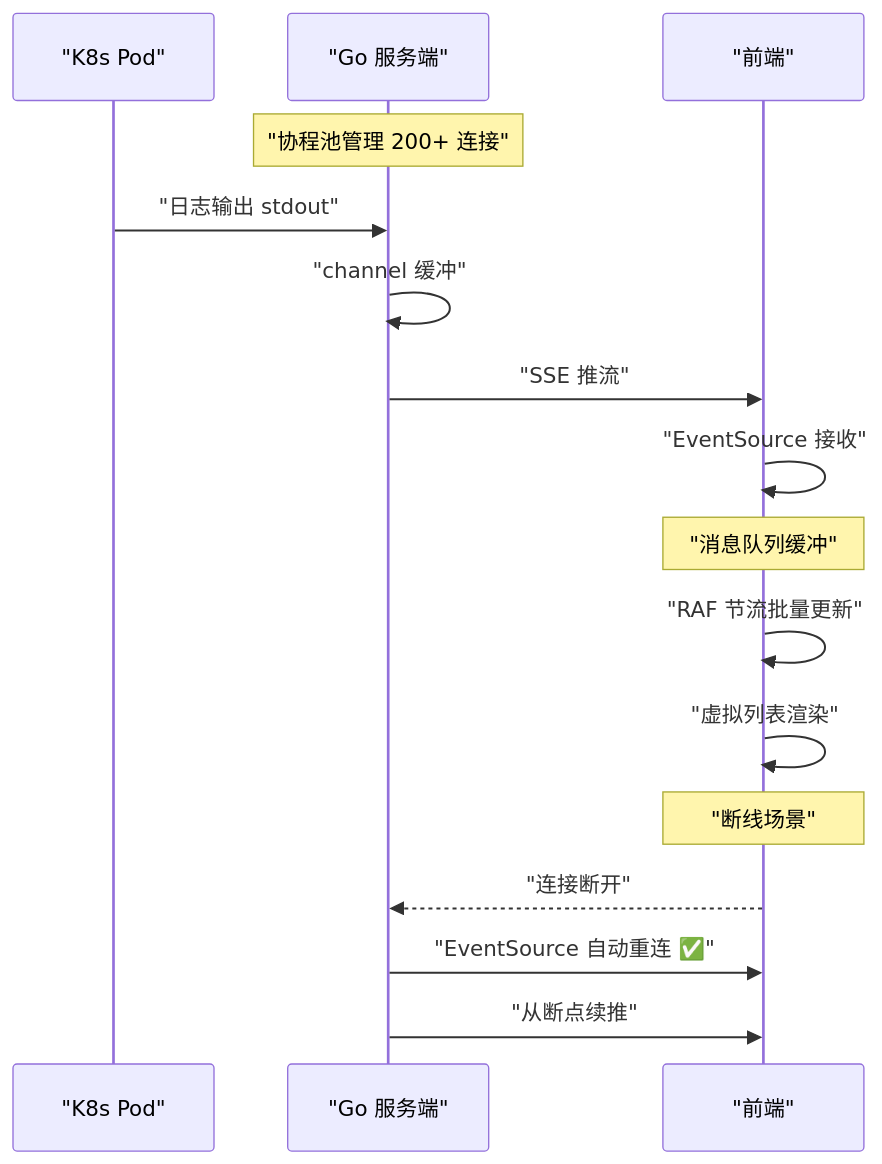
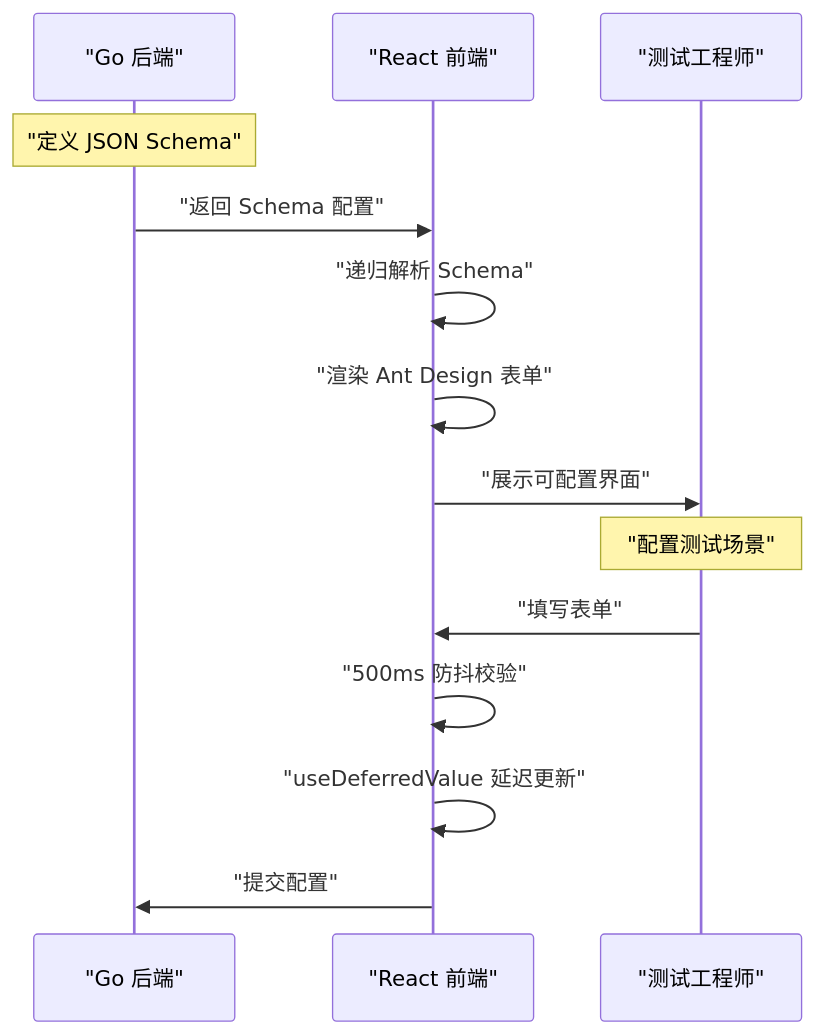
Diagram 50 of 58 in S4-面试冲刺/02-简历问题.md (KMaybe01/common), drawn with Mermaid before and after one commit. The commit also changed other lines of this file and 12 other files, not shown here.

````diff
--- a/S4-面试冲刺/02-简历问题.md
+++ b/S4-面试冲刺/02-简历问题.md
@@ -5919,21 +6180,18 @@
 ```mermaid
 sequenceDiagram
-  participant Pod as "K8s Pod"
-  participant Go as "Go 服务端"
-  participant Client as "前端"
+  participant Backend as "Go 后端"
+  participant Frontend as "React 前端"
+  participant User as "测试工程师"
 
-  Note over Go: "协程池管理 200+ 连接"
-  Pod->>Go: "日志输出 stdout"
-  Go->>Go: "channel 缓冲"
-  Go->>Client: "SSE 推流"
-  Client->>Client: "EventSource 接收"
+  Note over Backend: "定义 JSON Schema"
+  Backend->>Frontend: "返回 Schema 配置"
+  Frontend->>Frontend: "递归解析 Schema"
+  Frontend->>Frontend: "渲染 Ant Design 表单"
+  Frontend->>User: "展示可配置界面"
 
-  Note over Client: "消息队列缓冲"
-  Client->>Client: "RAF 节流批量更新"
-  Client->>Client: "虚拟列表渲染"
-
-  Note over Client: "断线场景"
-  Client-->>Go: "连接断开"
-  Go->>Client: "EventSource 自动重连 ✅"
-  Go->>Client: "从断点续推"
+  Note over User: "配置测试场景"
+  User->>Frontend: "填写表单"
+  Frontend->>Frontend: "500ms 防抖校验"
+  Frontend->>Frontend: "useDeferredValue 延迟更新"
+  Frontend->>Backend: "提交配置"
 ```
````
